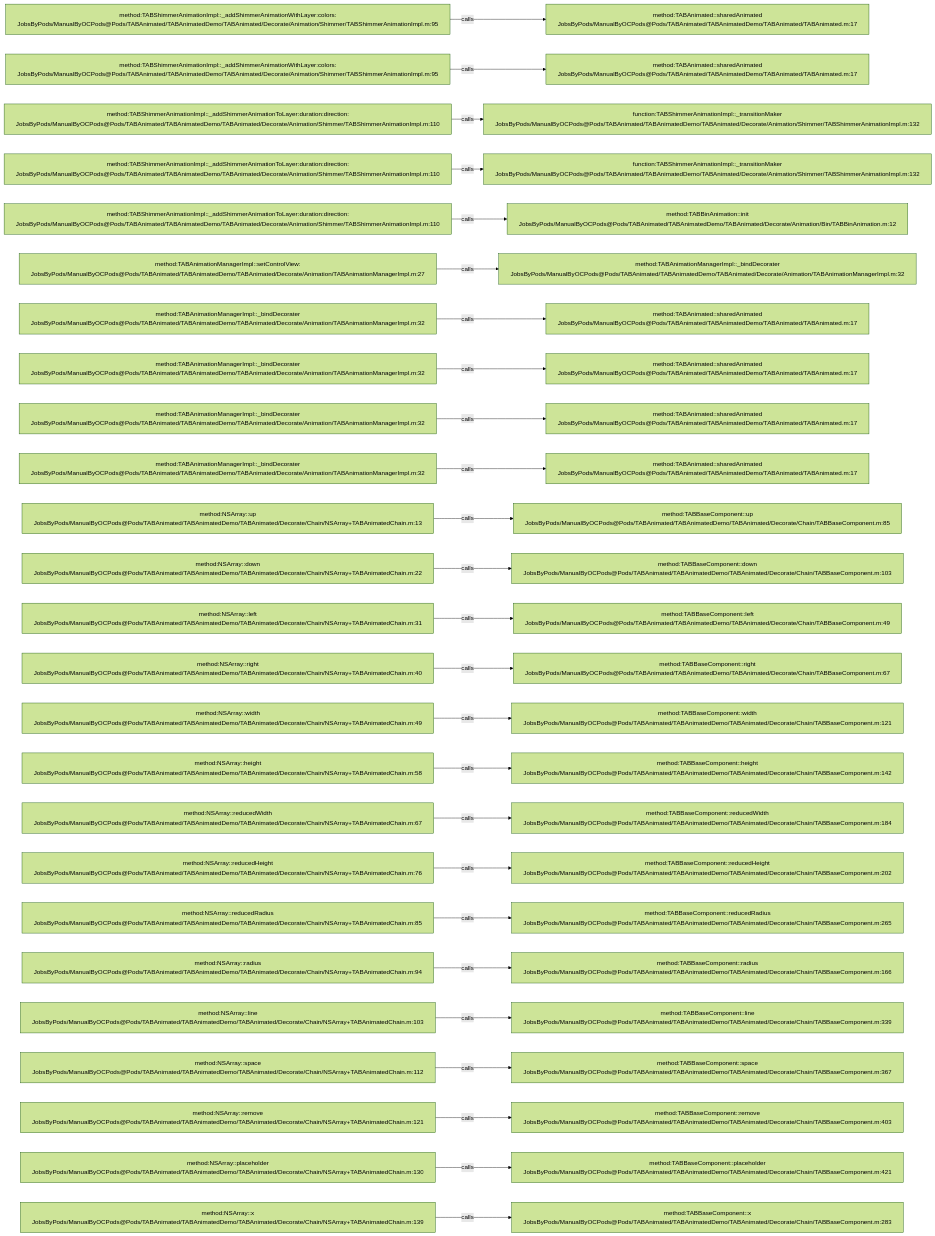
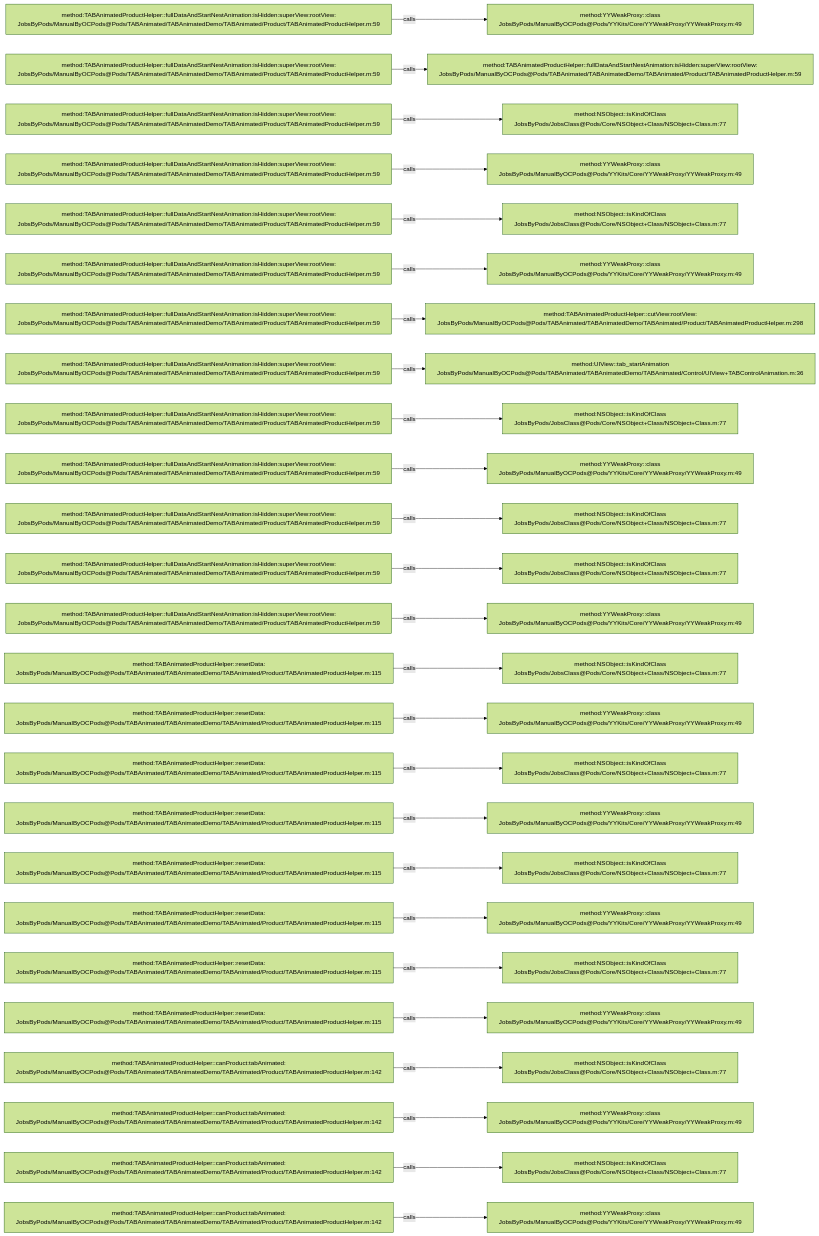
Before and after one commit to JobsKits/JobsOCBaseConfigDemo: the diagram in .codegraph/codegraph.md/graphs/calls-031.md, drawn with Mermaid (forest theme). The commit also changed 1353 other files, not shown here.

````diff
--- a/.codegraph/codegraph.md/graphs/calls-031.md
+++ b/.codegraph/codegraph.md/graphs/calls-031.md
@@ -13,78 +13,78 @@
 ```mermaid
 flowchart LR
-  S1["method:TABShimmerAnimationImpl::_addShimmerAnimationWithLayer:colors:<br/>JobsByPods/ManualByOCPods@Pods/TABAnimated/TABAnimatedDemo/TABAnimated/Decorate/Animation/Shimmer/TABShimmerAnimationImpl.m:95"]
-  T1["method:TABAnimated::sharedAnimated<br/>JobsByPods/ManualByOCPods@Pods/TABAnimated/TABAnimatedDemo/TABAnimated/TABAnimated.m:17"]
+  S1["method:TABAnimatedProductHelper::fullDataAndStartNestAnimation:isHidden:superView:rootView:<br/>JobsByPods/ManualByOCPods@Pods/TABAnimated/TABAnimatedDemo/TABAnimated/Product/TABAnimatedProductHelper.m:59"]
+  T1["method:YYWeakProxy::class<br/>JobsByPods/ManualByOCPods@Pods/YYKits/Core/YYWeakProxy/YYWeakProxy.m:49"]
   S1 -->|calls| T1
-  S2["method:TABShimmerAnimationImpl::_addShimmerAnimationWithLayer:colors:<br/>JobsByPods/ManualByOCPods@Pods/TABAnimated/TABAnimatedDemo/TABAnimated/Decorate/Animation/Shimmer/TABShimmerAnimationImpl.m:95"]
-  T2["method:TABAnimated::sharedAnimated<br/>JobsByPods/ManualByOCPods@Pods/TABAnimated/TABAnimatedDemo/TABAnimated/TABAnimated.m:17"]
+  S2["method:TABAnimatedProductHelper::fullDataAndStartNestAnimation:isHidden:superView:rootView:<br/>JobsByPods/ManualByOCPods@Pods/TABAnimated/TABAnimatedDemo/TABAnimated/Product/TABAnimatedProductHelper.m:59"]
+  T2["method:TABAnimatedProductHelper::fullDataAndStartNestAnimation:isHidden:superView:rootView:<br/>JobsByPods/ManualByOCPods@Pods/TABAnimated/TABAnimatedDemo/TABAnimated/Product/TABAnimatedProductHelper.m:59"]
   S2 -->|calls| T2
-  S3["method:TABShimmerAnimationImpl::_addShimmerAnimationToLayer:duration:direction:<br/>JobsByPods/ManualByOCPods@Pods/TABAnimated/TABAnimatedDemo/TABAnimated/Decorate/Animation/Shimmer/TABShimmerAnimationImpl.m:110"]
-  T3["function:TABShimmerAnimationImpl::_transitionMaker<br/>JobsByPods/ManualByOCPods@Pods/TABAnimated/TABAnimatedDemo/TABAnimated/Decorate/Animation/Shimmer/TABShimmerAnimationImpl.m:132"]
+  S3["method:TABAnimatedProductHelper::fullDataAndStartNestAnimation:isHidden:superView:rootView:<br/>JobsByPods/ManualByOCPods@Pods/TABAnimated/TABAnimatedDemo/TABAnimated/Product/TABAnimatedProductHelper.m:59"]
+  T3["method:NSObject::isKindOfClass<br/>JobsByPods/JobsClass@Pods/Core/NSObject+Class/NSObject+Class.m:77"]
   S3 -->|calls| T3
-  S4["method:TABShimmerAnimationImpl::_addShimmerAnimationToLayer:duration:direction:<br/>JobsByPods/ManualByOCPods@Pods/TABAnimated/TABAnimatedDemo/TABAnimated/Decorate/Animation/Shimmer/TABShimmerAnimationImpl.m:110"]
-  T4["function:TABShimmerAnimationImpl::_transitionMaker<br/>JobsByPods/ManualByOCPods@Pods/TABAnimated/TABAnimatedDemo/TABAnimated/Decorate/Animation/Shimmer/TABShimmerAnimationImpl.m:132"]
+  S4["method:TABAnimatedProductHelper::fullDataAndStartNestAnimation:isHidden:superView:rootView:<br/>JobsByPods/ManualByOCPods@Pods/TABAnimated/TABAnimatedDemo/TABAnimated/Product/TABAnimatedProductHelper.m:59"]
+  T4["method:YYWeakProxy::class<br/>JobsByPods/ManualByOCPods@Pods/YYKits/Core/YYWeakProxy/YYWeakProxy.m:49"]
   S4 -->|calls| T4
-  S5["method:TABShimmerAnimationImpl::_addShimmerAnimationToLayer:duration:direction:<br/>JobsByPods/ManualByOCPods@Pods/TABAnimated/TABAnimatedDemo/TABAnimated/Decorate/Animation/Shimmer/TABShimmerAnimationImpl.m:110"]
-  T5["method:TABBinAnimation::init<br/>JobsByPods/ManualByOCPods@Pods/TABAnimated/TABAnimatedDemo/TABAnimated/Decorate/Animation/Bin/TABBinAnimation.m:12"]
+  S5["method:TABAnimatedProductHelper::fullDataAndStartNestAnimation:isHidden:superView:rootView:<br/>JobsByPods/ManualByOCPods@Pods/TABAnimated/TABAnimatedDemo/TABAnimated/Product/TABAnimatedProductHelper.m:59"]
+  T5["method:NSObject::isKindOfClass<br/>JobsByPods/JobsClass@Pods/Core/NSObject+Class/NSObject+Class.m:77"]
   S5 -->|calls| T5
-  S6["method:TABAnimationManagerImpl::setControlView:<br/>JobsByPods/ManualByOCPods@Pods/TABAnimated/TABAnimatedDemo/TABAnimated/Decorate/Animation/TABAnimationManagerImpl.m:27"]
-  T6["method:TABAnimationManagerImpl::_bindDecorater<br/>JobsByPods/ManualByOCPods@Pods/TABAnimated/TABAnimatedDemo/TABAnimated/Decorate/Animation/TABAnimationManagerImpl.m:32"]
+  S6["method:TABAnimatedProductHelper::fullDataAndStartNestAnimation:isHidden:superView:rootView:<br/>JobsByPods/ManualByOCPods@Pods/TABAnimated/TABAnimatedDemo/TABAnimated/Product/TABAnimatedProductHelper.m:59"]
+  T6["method:YYWeakProxy::class<br/>JobsByPods/ManualByOCPods@Pods/YYKits/Core/YYWeakProxy/YYWeakProxy.m:49"]
   S6 -->|calls| T6
-  S7["method:TABAnimationManagerImpl::_bindDecorater<br/>JobsByPods/ManualByOCPods@Pods/TABAnimated/TABAnimatedDemo/TABAnimated/Decorate/Animation/TABAnimationManagerImpl.m:32"]
-  T7["method:TABAnimated::sharedAnimated<br/>JobsByPods/ManualByOCPods@Pods/TABAnimated/TABAnimatedDemo/TABAnimated/TABAnimated.m:17"]
+  S7["method:TABAnimatedProductHelper::fullDataAndStartNestAnimation:isHidden:superView:rootView:<br/>JobsByPods/ManualByOCPods@Pods/TABAnimated/TABAnimatedDemo/TABAnimated/Product/TABAnimatedProductHelper.m:59"]
+  T7["method:TABAnimatedProductHelper::cutView:rootView:<br/>JobsByPods/ManualByOCPods@Pods/TABAnimated/TABAnimatedDemo/TABAnimated/Product/TABAnimatedProductHelper.m:298"]
   S7 -->|calls| T7
-  S8["method:TABAnimationManagerImpl::_bindDecorater<br/>JobsByPods/ManualByOCPods@Pods/TABAnimated/TABAnimatedDemo/TABAnimated/Decorate/Animation/TABAnimationManagerImpl.m:32"]
-  T8["method:TABAnimated::sharedAnimated<br/>JobsByPods/ManualByOCPods@Pods/TABAnimated/TABAnimatedDemo/TABAnimated/TABAnimated.m:17"]
+  S8["method:TABAnimatedProductHelper::fullDataAndStartNestAnimation:isHidden:superView:rootView:<br/>JobsByPods/ManualByOCPods@Pods/TABAnimated/TABAnimatedDemo/TABAnimated/Product/TABAnimatedProductHelper.m:59"]
+  T8["method:UIView::tab_startAnimation<br/>JobsByPods/ManualByOCPods@Pods/TABAnimated/TABAnimatedDemo/TABAnimated/Control/UIView+TABControlAnimation.m:36"]
   S8 -->|calls| T8
-  S9["method:TABAnimationManagerImpl::_bindDecorater<br/>JobsByPods/ManualByOCPods@Pods/TABAnimated/TABAnimatedDemo/TABAnimated/Decorate/Animation/TABAnimationManagerImpl.m:32"]
-  T9["method:TABAnimated::sharedAnimated<br/>JobsByPods/ManualByOCPods@Pods/TABAnimated/TABAnimatedDemo/TABAnimated/TABAnimated.m:17"]
+  S9["method:TABAnimatedProductHelper::fullDataAndStartNestAnimation:isHidden:superView:rootView:<br/>JobsByPods/ManualByOCPods@Pods/TABAnimated/TABAnimatedDemo/TABAnimated/Product/TABAnimatedProductHelper.m:59"]
+  T9["method:NSObject::isKindOfClass<br/>JobsByPods/JobsClass@Pods/Core/NSObject+Class/NSObject+Class.m:77"]
   S9 -->|calls| T9
-  S10["method:TABAnimationManagerImpl::_bindDecorater<br/>JobsByPods/ManualByOCPods@Pods/TABAnimated/TABAnimatedDemo/TABAnimated/Decorate/Animation/TABAnimationManagerImpl.m:32"]
-  T10["method:TABAnimated::sharedAnimated<br/>JobsByPods/ManualByOCPods@Pods/TABAnimated/TABAnimatedDemo/TABAnimated/TABAnimated.m:17"]
+  S10["method:TABAnimatedProductHelper::fullDataAndStartNestAnimation:isHidden:superView:rootView:<br/>JobsByPods/ManualByOCPods@Pods/TABAnimated/TABAnimatedDemo/TABAnimated/Product/TABAnimatedProductHelper.m:59"]
+  T10["method:YYWeakProxy::class<br/>JobsByPods/ManualByOCPods@Pods/YYKits/Core/YYWeakProxy/YYWeakProxy.m:49"]
   S10 -->|calls| T10
-  S11["method:NSArray::up<br/>JobsByPods/ManualByOCPods@Pods/TABAnimated/TABAnimatedDemo/TABAnimated/Decorate/Chain/NSArray+TABAnimatedChain.m:13"]
-  T11["method:TABBaseComponent::up<br/>JobsByPods/ManualByOCPods@Pods/TABAnimated/TABAnimatedDemo/TABAnimated/Decorate/Chain/TABBaseComponent.m:85"]
+  S11["method:TABAnimatedProductHelper::fullDataAndStartNestAnimation:isHidden:superView:rootView:<br/>JobsByPods/ManualByOCPods@Pods/TABAnimated/TABAnimatedDemo/TABAnimated/Product/TABAnimatedProductHelper.m:59"]
+  T11["method:NSObject::isKindOfClass<br/>JobsByPods/JobsClass@Pods/Core/NSObject+Class/NSObject+Class.m:77"]
   S11 -->|calls| T11
-  S12["method:NSArray::down<br/>JobsByPods/ManualByOCPods@Pods/TABAnimated/TABAnimatedDemo/TABAnimated/Decorate/Chain/NSArray+TABAnimatedChain.m:22"]
-  T12["method:TABBaseComponent::down<br/>JobsByPods/ManualByOCPods@Pods/TABAnimated/TABAnimatedDemo/TABAnimated/Decorate/Chain/TABBaseComponent.m:103"]
+  S12["method:TABAnimatedProductHelper::fullDataAndStartNestAnimation:isHidden:superView:rootView:<br/>JobsByPods/ManualByOCPods@Pods/TABAnimated/TABAnimatedDemo/TABAnimated/Product/TABAnimatedProductHelper.m:59"]
+  T12["method:NSObject::isKindOfClass<br/>JobsByPods/JobsClass@Pods/Core/NSObject+Class/NSObject+Class.m:77"]
   S12 -->|calls| T12
-  S13["method:NSArray::left<br/>JobsByPods/ManualByOCPods@Pods/TABAnimated/TABAnimatedDemo/TABAnimated/Decorate/Chain/NSArray+TABAnimatedChain.m:31"]
-  T13["method:TABBaseComponent::left<br/>JobsByPods/ManualByOCPods@Pods/TABAnimated/TABAnimatedDemo/TABAnimated/Decorate/Chain/TABBaseComponent.m:49"]
+  S13["method:TABAnimatedProductHelper::fullDataAndStartNestAnimation:isHidden:superView:rootView:<br/>JobsByPods/ManualByOCPods@Pods/TABAnimated/TABAnimatedDemo/TABAnimated/Product/TABAnimatedProductHelper.m:59"]
+  T13["method:YYWeakProxy::class<br/>JobsByPods/ManualByOCPods@Pods/YYKits/Core/YYWeakProxy/YYWeakProxy.m:49"]
   S13 -->|calls| T13
-  S14["method:NSArray::right<br/>JobsByPods/ManualByOCPods@Pods/TABAnimated/TABAnimatedDemo/TABAnimated/Decorate/Chain/NSArray+TABAnimatedChain.m:40"]
-  T14["method:TABBaseComponent::right<br/>JobsByPods/ManualByOCPods@Pods/TABAnimated/TABAnimatedDemo/TABAnimated/Decorate/Chain/TABBaseComponent.m:67"]
+  S14["method:TABAnimatedProductHelper::resetData:<br/>JobsByPods/ManualByOCPods@Pods/TABAnimated/TABAnimatedDemo/TABAnimated/Product/TABAnimatedProductHelper.m:115"]
+  T14["method:NSObject::isKindOfClass<br/>JobsByPods/JobsClass@Pods/Core/NSObject+Class/NSObject+Class.m:77"]
   S14 -->|calls| T14
-  S15["method:NSArray::width<br/>JobsByPods/ManualByOCPods@Pods/TABAnimated/TABAnimatedDemo/TABAnimated/Decorate/Chain/NSArray+TABAnimatedChain.m:49"]
-  T15["method:TABBaseComponent::width<br/>JobsByPods/ManualByOCPods@Pods/TABAnimated/TABAnimatedDemo/TABAnimated/Decorate/Chain/TABBaseComponent.m:121"]
+  S15["method:TABAnimatedProductHelper::resetData:<br/>JobsByPods/ManualByOCPods@Pods/TABAnimated/TABAnimatedDemo/TABAnimated/Product/TABAnimatedProductHelper.m:115"]
+  T15["method:YYWeakProxy::class<br/>JobsByPods/ManualByOCPods@Pods/YYKits/Core/YYWeakProxy/YYWeakProxy.m:49"]
   S15 -->|calls| T15
-  S16["method:NSArray::height<br/>JobsByPods/ManualByOCPods@Pods/TABAnimated/TABAnimatedDemo/TABAnimated/Decorate/Chain/NSArray+TABAnimatedChain.m:58"]
-  T16["method:TABBaseComponent::height<br/>JobsByPods/ManualByOCPods@Pods/TABAnimated/TABAnimatedDemo/TABAnimated/Decorate/Chain/TABBaseComponent.m:142"]
+  S16["method:TABAnimatedProductHelper::resetData:<br/>JobsByPods/ManualByOCPods@Pods/TABAnimated/TABAnimatedDemo/TABAnimated/Product/TABAnimatedProductHelper.m:115"]
+  T16["method:NSObject::isKindOfClass<br/>JobsByPods/JobsClass@Pods/Core/NSObject+Class/NSObject+Class.m:77"]
   S16 -->|calls| T16
-  S17["method:NSArray::reducedWidth<br/>JobsByPods/ManualByOCPods@Pods/TABAnimated/TABAnimatedDemo/TABAnimated/Decorate/Chain/NSArray+TABAnimatedChain.m:67"]
-  T17["method:TABBaseComponent::reducedWidth<br/>JobsByPods/ManualByOCPods@Pods/TABAnimated/TABAnimatedDemo/TABAnimated/Decorate/Chain/TABBaseComponent.m:184"]
+  S17["method:TABAnimatedProductHelper::resetData:<br/>JobsByPods/ManualByOCPods@Pods/TABAnimated/TABAnimatedDemo/TABAnimated/Product/TABAnimatedProductHelper.m:115"]
+  T17["method:YYWeakProxy::class<br/>JobsByPods/ManualByOCPods@Pods/YYKits/Core/YYWeakProxy/YYWeakProxy.m:49"]
   S17 -->|calls| T17
-  S18["method:NSArray::reducedHeight<br/>JobsByPods/ManualByOCPods@Pods/TABAnimated/TABAnimatedDemo/TABAnimated/Decorate/Chain/NSArray+TABAnimatedChain.m:76"]
-  T18["method:TABBaseComponent::reducedHeight<br/>JobsByPods/ManualByOCPods@Pods/TABAnimated/TABAnimatedDemo/TABAnimated/Decorate/Chain/TABBaseComponent.m:202"]
+  S18["method:TABAnimatedProductHelper::resetData:<br/>JobsByPods/ManualByOCPods@Pods/TABAnimated/TABAnimatedDemo/TABAnimated/Product/TABAnimatedProductHelper.m:115"]
+  T18["method:NSObject::isKindOfClass<br/>JobsByPods/JobsClass@Pods/Core/NSObject+Class/NSObject+Class.m:77"]
   S18 -->|calls| T18
-  S19["method:NSArray::reducedRadius<br/>JobsByPods/ManualByOCPods@Pods/TABAnimated/TABAnimatedDemo/TABAnimated/Decorate/Chain/NSArray+TABAnimatedChain.m:85"]
-  T19["method:TABBaseComponent::reducedRadius<br/>JobsByPods/ManualByOCPods@Pods/TABAnimated/TABAnimatedDemo/TABAnimated/Decorate/Chain/TABBaseComponent.m:265"]
+  S19["method:TABAnimatedProductHelper::resetData:<br/>JobsByPods/ManualByOCPods@Pods/TABAnimated/TABAnimatedDemo/TABAnimated/Product/TABAnimatedProductHelper.m:115"]
+  T19["method:YYWeakProxy::class<br/>JobsByPods/ManualByOCPods@Pods/YYKits/Core/YYWeakProxy/YYWeakProxy.m:49"]
   S19 -->|calls| T19
-  S20["method:NSArray::radius<br/>JobsByPods/ManualByOCPods@Pods/TABAnimated/TABAnimatedDemo/TABAnimated/Decorate/Chain/NSArray+TABAnimatedChain.m:94"]
-  T20["method:TABBaseComponent::radius<br/>JobsByPods/ManualByOCPods@Pods/TABAnimated/TABAnimatedDemo/TABAnimated/Decorate/Chain/TABBaseComponent.m:166"]
+  S20["method:TABAnimatedProductHelper::resetData:<br/>JobsByPods/ManualByOCPods@Pods/TABAnimated/TABAnimatedDemo/TABAnimated/Product/TABAnimatedProductHelper.m:115"]
+  T20["method:NSObject::isKindOfClass<br/>JobsByPods/JobsClass@Pods/Core/NSObject+Class/NSObject+Class.m:77"]
   S20 -->|calls| T20
-  S21["method:NSArray::line<br/>JobsByPods/ManualByOCPods@Pods/TABAnimated/TABAnimatedDemo/TABAnimated/Decorate/Chain/NSArray+TABAnimatedChain.m:103"]
-  T21["method:TABBaseComponent::line<br/>JobsByPods/ManualByOCPods@Pods/TABAnimated/TABAnimatedDemo/TABAnimated/Decorate/Chain/TABBaseComponent.m:339"]
+  S21["method:TABAnimatedProductHelper::resetData:<br/>JobsByPods/ManualByOCPods@Pods/TABAnimated/TABAnimatedDemo/TABAnimated/Product/TABAnimatedProductHelper.m:115"]
+  T21["method:YYWeakProxy::class<br/>JobsByPods/ManualByOCPods@Pods/YYKits/Core/YYWeakProxy/YYWeakProxy.m:49"]
   S21 -->|calls| T21
-  S22["method:NSArray::space<br/>JobsByPods/ManualByOCPods@Pods/TABAnimated/TABAnimatedDemo/TABAnimated/Decorate/Chain/NSArray+TABAnimatedChain.m:112"]
-  T22["method:TABBaseComponent::space<br/>JobsByPods/ManualByOCPods@Pods/TABAnimated/TABAnimatedDemo/TABAnimated/Decorate/Chain/TABBaseComponent.m:367"]
+  S22["method:TABAnimatedProductHelper::canProduct:tabAnimated:<br/>JobsByPods/ManualByOCPods@Pods/TABAnimated/TABAnimatedDemo/TABAnimated/Product/TABAnimatedProductHelper.m:142"]
+  T22["method:NSObject::isKindOfClass<br/>JobsByPods/JobsClass@Pods/Core/NSObject+Class/NSObject+Class.m:77"]
   S22 -->|calls| T22
-  S23["method:NSArray::remove<br/>JobsByPods/ManualByOCPods@Pods/TABAnimated/TABAnimatedDemo/TABAnimated/Decorate/Chain/NSArray+TABAnimatedChain.m:121"]
-  T23["method:TABBaseComponent::remove<br/>JobsByPods/ManualByOCPods@Pods/TABAnimated/TABAnimatedDemo/TABAnimated/Decorate/Chain/TABBaseComponent.m:403"]
+  S23["method:TABAnimatedProductHelper::canProduct:tabAnimated:<br/>JobsByPods/ManualByOCPods@Pods/TABAnimated/TABAnimatedDemo/TABAnimated/Product/TABAnimatedProductHelper.m:142"]
+  T23["method:YYWeakProxy::class<br/>JobsByPods/ManualByOCPods@Pods/YYKits/Core/YYWeakProxy/YYWeakProxy.m:49"]
   S23 -->|calls| T23
-  S24["method:NSArray::placeholder<br/>JobsByPods/ManualByOCPods@Pods/TABAnimated/TABAnimatedDemo/TABAnimated/Decorate/Chain/NSArray+TABAnimatedChain.m:130"]
-  T24["method:TABBaseComponent::placeholder<br/>JobsByPods/ManualByOCPods@Pods/TABAnimated/TABAnimatedDemo/TABAnimated/Decorate/Chain/TABBaseComponent.m:421"]
+  S24["method:TABAnimatedProductHelper::canProduct:tabAnimated:<br/>JobsByPods/ManualByOCPods@Pods/TABAnimated/TABAnimatedDemo/TABAnimated/Product/TABAnimatedProductHelper.m:142"]
+  T24["method:NSObject::isKindOfClass<br/>JobsByPods/JobsClass@Pods/Core/NSObject+Class/NSObject+Class.m:77"]
   S24 -->|calls| T24
-  S25["method:NSArray::x<br/>JobsByPods/ManualByOCPods@Pods/TABAnimated/TABAnimatedDemo/TABAnimated/Decorate/Chain/NSArray+TABAnimatedChain.m:139"]
-  T25["method:TABBaseComponent::x<br/>JobsByPods/ManualByOCPods@Pods/TABAnimated/TABAnimatedDemo/TABAnimated/Decorate/Chain/TABBaseComponent.m:283"]
+  S25["method:TABAnimatedProductHelper::canProduct:tabAnimated:<br/>JobsByPods/ManualByOCPods@Pods/TABAnimated/TABAnimatedDemo/TABAnimated/Product/TABAnimatedProductHelper.m:142"]
+  T25["method:YYWeakProxy::class<br/>JobsByPods/ManualByOCPods@Pods/YYKits/Core/YYWeakProxy/YYWeakProxy.m:49"]
   S25 -->|calls| T25
 ```
````
